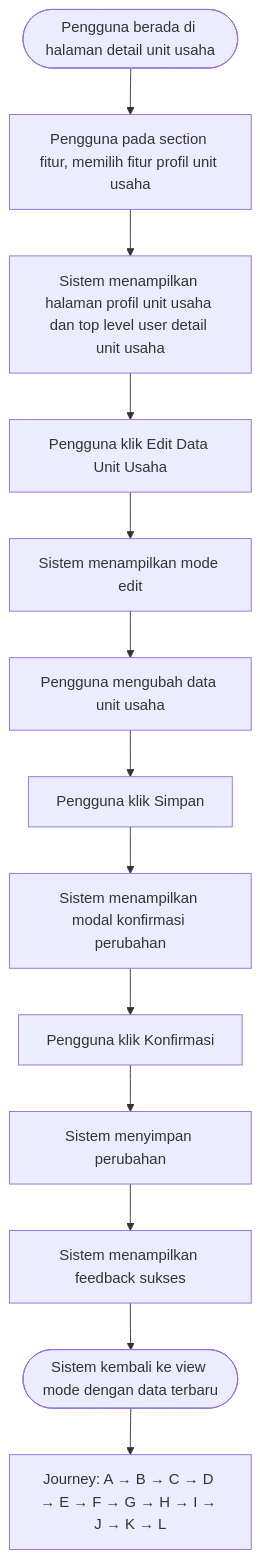
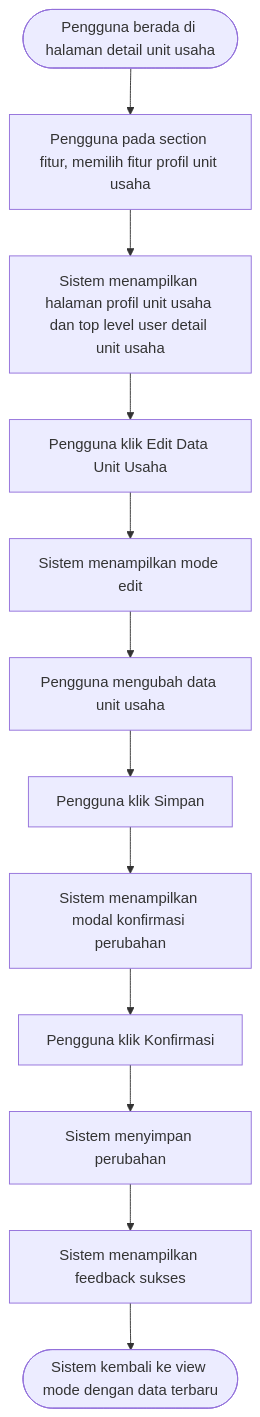
Diagram 33 of 39 in PRD-D.md (agestyarizki/groapp-markdown), drawn with Mermaid before and after one commit. The commit also changed other lines of this file, not shown here.

````diff
--- a/PRD-D.md
+++ b/PRD-D.md
@@ -4123,19 +3979,16 @@
 ```mermaid
 flowchart TD
     A([Pengguna berada di halaman detail unit usaha])
         --> B[Pengguna pada section fitur, memilih fitur profil unit usaha]
     B --> C[Sistem menampilkan halaman profil unit usaha dan top level user detail unit usaha]
     C --> D[Pengguna klik Edit Data Unit Usaha]
     D --> E[Sistem menampilkan mode edit]
     E --> F[Pengguna mengubah data unit usaha]
     F --> G[Pengguna klik Simpan]
     G --> H[Sistem menampilkan modal konfirmasi perubahan]
     H --> I[Pengguna klik Konfirmasi]
     I --> J[Sistem menyimpan perubahan]
     J --> K[Sistem menampilkan feedback sukses]
     K --> L([Sistem kembali ke view mode dengan data terbaru])
-    %% Journey Flow
-    M["Journey: A → B → C → D → E → F → G → H → I → J → K → L"]
-    L --> M
 
 ```
````
